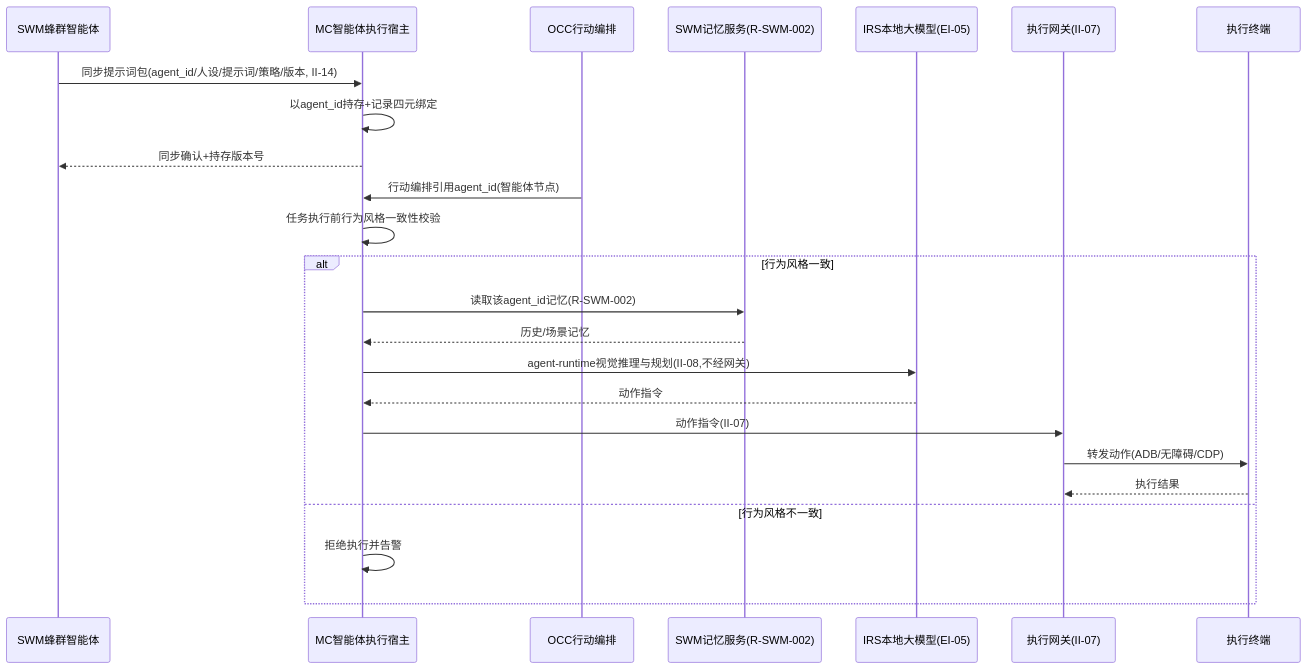
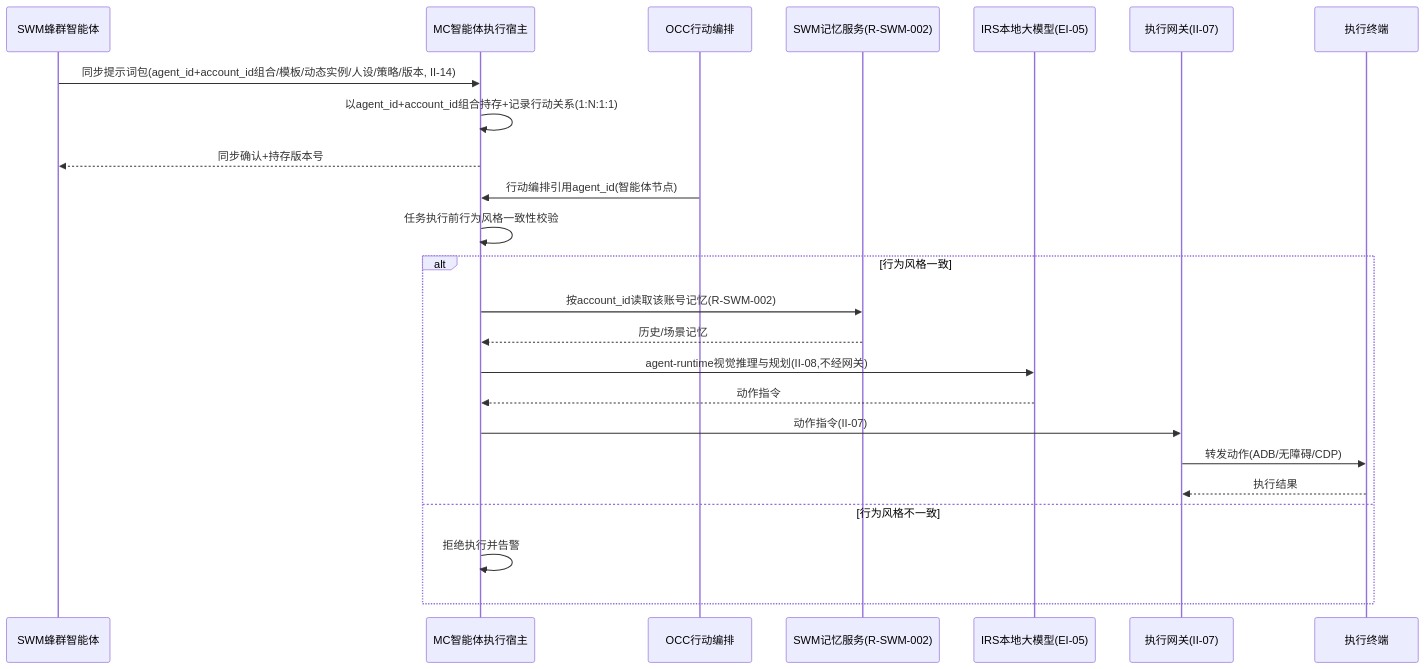
Before and after one commit to Sj-g/obsidian: diagram 16 of 16 in 公司项目/认知作战/文档/SRS/软件需求规格说明-MC子系统.md, drawn with Mermaid. The commit also changed other lines of this file and 3 other files, not shown here.

````diff
--- a/公司项目/认知作战/文档/SRS/软件需求规格说明-MC子系统.md
+++ b/公司项目/认知作战/文档/SRS/软件需求规格说明-MC子系统.md
@@ -1214,26 +1215,26 @@
 ```mermaid
 sequenceDiagram
   participant SWM as SWM蜂群智能体
   participant MC as MC智能体执行宿主
   participant OCC as OCC行动编排
   participant 记忆 as SWM记忆服务(R-SWM-002)
   participant IRS as IRS本地大模型(EI-05)
   participant 网关 as 执行网关(II-07)
   participant 终端 as 执行终端
-  SWM->>MC: 同步提示词包(agent_id/人设/提示词/策略/版本, II-14)
-  MC->>MC: 以agent_id持存+记录四元绑定
+  SWM->>MC: 同步提示词包(agent_id+account_id组合/模板/动态实例/人设/策略/版本, II-14)
+  MC->>MC: 以agent_id+account_id组合持存+记录行动关系(1:N:1:1)
   MC-->>SWM: 同步确认+持存版本号
   OCC->>MC: 行动编排引用agent_id(智能体节点)
   MC->>MC: 任务执行前行为风格一致性校验
   alt 行为风格一致
-    MC->>记忆: 读取该agent_id记忆(R-SWM-002)
+    MC->>记忆: 按account_id读取该账号记忆(R-SWM-002)
     记忆-->>MC: 历史/场景记忆
     MC->>IRS: agent-runtime视觉推理与规划(II-08,不经网关)
     IRS-->>MC: 动作指令
     MC->>网关: 动作指令(II-07)
     网关->>终端: 转发动作(ADB/无障碍/CDP)
     终端-->>网关: 执行结果
   else 行为风格不一致
     MC->>MC: 拒绝执行并告警
   end
 ```
````
